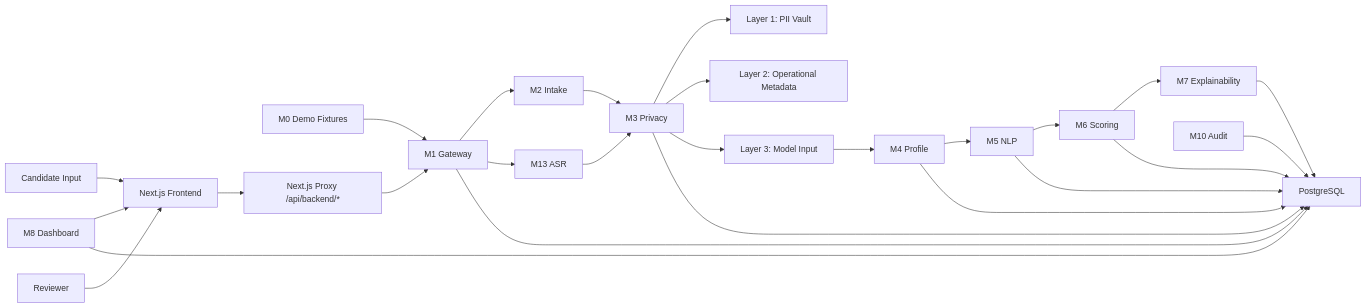
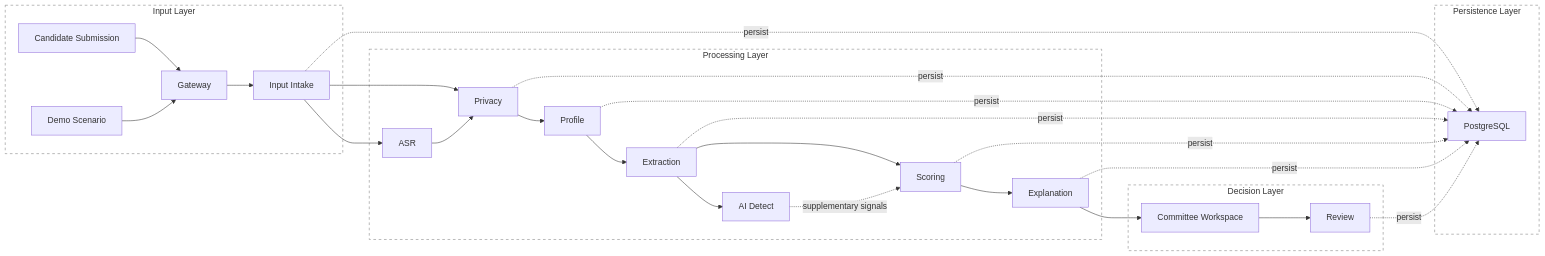
One commit to alenisaw/invision_u_Vi-Ka changed the first of 4 diagrams in docs/eng/ARCHITECTURE.md. Above: the diagram before and after it, drawn with Mermaid. The commit also changed other lines of this file and 295 other files, not shown here.

````diff
--- a/docs/eng/ARCHITECTURE.md
+++ b/docs/eng/ARCHITECTURE.md
@@ -45,48 +44,56 @@
 ```mermaid
 flowchart LR
-    Candidate["Candidate Input"]
-    Demo["M0 Demo Fixtures"]
-    Frontend["Next.js Frontend"]
-    Proxy["Next.js Proxy /api/backend/*"]
-    Gateway["M1 Gateway"]
-    Intake["M2 Intake"]
-    Privacy["M3 Privacy"]
-    L1["Layer 1: PII Vault"]
-    L2["Layer 2: Operational Metadata"]
-    L3["Layer 3: Model Input"]
-    Profile["M4 Profile"]
-    NLP["M5 NLP"]
-    ASR["M13 ASR"]
-    Score["M6 Scoring"]
-    Explain["M7 Explainability"]
-    Dashboard["M8 Dashboard"]
-    Audit["M10 Audit"]
-    DB["PostgreSQL"]
-    Reviewer["Reviewer"]
+    subgraph InputLayer["Input Layer"]
+        Candidate["Candidate Submission"]
+        Demo["Demo Scenario"]
+        Gateway["Gateway"]
+        Intake["Input Intake"]
+    end
 
-    Candidate --> Frontend
+    subgraph ProcessingLayer["Processing Layer"]
+        ASR["ASR"]
+        Privacy["Privacy"]
+        Profile["Profile"]
+        Extraction["Extraction"]
+        AIDetect["AI Detect"]
+        Scoring["Scoring"]
+        Explanation["Explanation"]
+    end
+
+    subgraph DecisionLayer["Decision Layer"]
+        Workspace["Committee Workspace"]
+        Review["Review"]
+    end
+
+    subgraph StorageLayer["Persistence Layer"]
+        DB["PostgreSQL"]
+    end
+
+    Candidate --> Gateway
     Demo --> Gateway
-    Frontend --> Proxy
-    Proxy --> Gateway
     Gateway --> Intake
+    Intake --> ASR
     Intake --> Privacy
-    Privacy --> L1
-    Privacy --> L2
-    Privacy --> L3
-    L3 --> Profile
-    Gateway --> ASR
-    Profile --> NLP
     ASR --> Privacy
-    NLP --> Score
-    Score --> Explain
-    Dashboard --> Frontend
-    Reviewer --> Frontend
-    Gateway --> DB
-    Privacy --> DB
-    Profile --> DB
-    NLP --> DB
-    Score --> DB
-    Explain --> DB
-    Dashboard --> DB
-    Audit --> DB
+    Privacy --> Profile
+    Profile --> Extraction
+    Extraction --> AIDetect
+    Extraction --> Scoring
+    AIDetect -. supplementary signals .-> Scoring
+    Scoring --> Explanation
+    Explanation --> Workspace
+    Workspace --> Review
+
+    Intake -. persist .-> DB
+    Privacy -. persist .-> DB
+    Profile -. persist .-> DB
+    Extraction -. persist .-> DB
+    Scoring -. persist .-> DB
+    Explanation -. persist .-> DB
+    Review -. persist .-> DB
+
+    style InputLayer fill:transparent,stroke:#7d7d7d,stroke-dasharray: 5 5
+    style ProcessingLayer fill:transparent,stroke:#7d7d7d,stroke-dasharray: 5 5
+    style DecisionLayer fill:transparent,stroke:#7d7d7d,stroke-dasharray: 5 5
+    style StorageLayer fill:transparent,stroke:#7d7d7d,stroke-dasharray: 5 5
 ```
````
